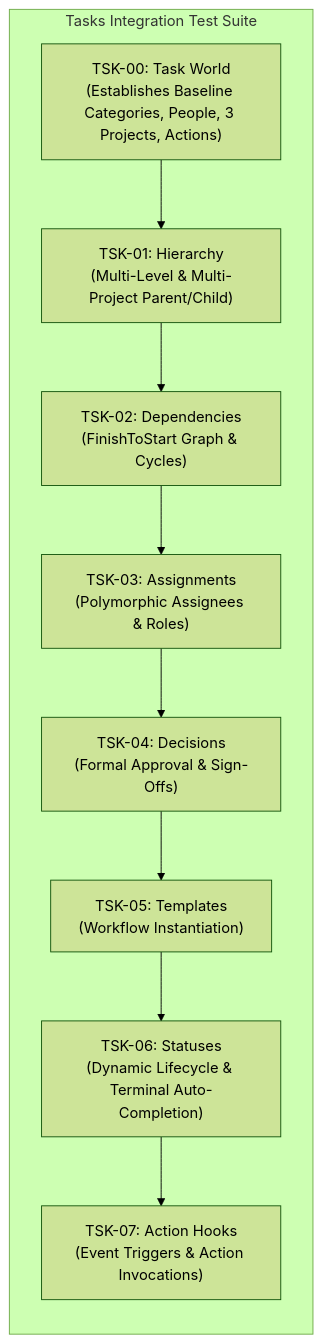
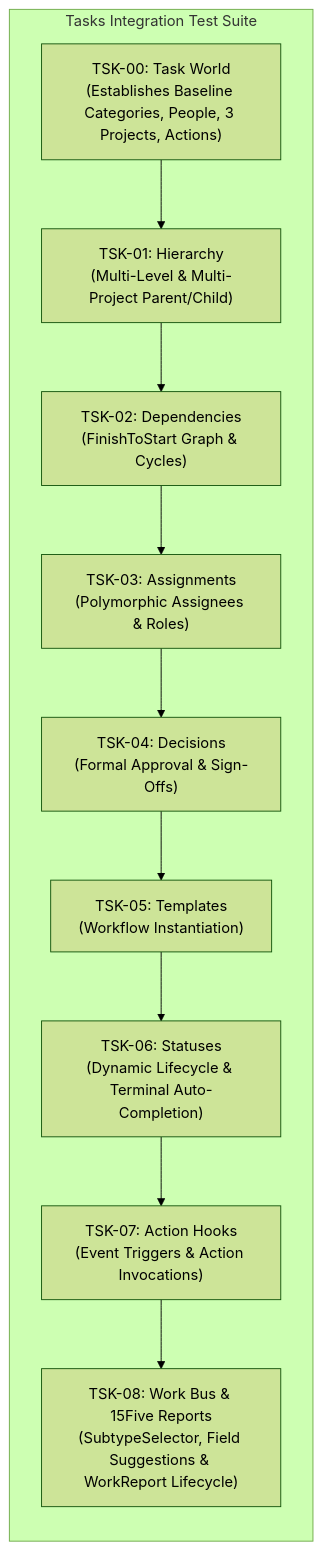
Before and after one commit to MemberJunction/bizapps-tasks: the fifth of 5 diagrams in guides/TASK_WORKFLOW_AND_LIFECYCLE_GUIDE.md, drawn with Mermaid (forest theme). The commit also changed other lines of this file and 17 other files, not shown here.

Commit message:
test,docs: add Work Bus & 15Five unit/integration tests, guide, and changeset

````diff
--- a/guides/TASK_WORKFLOW_AND_LIFECYCLE_GUIDE.md
+++ b/guides/TASK_WORKFLOW_AND_LIFECYCLE_GUIDE.md
@@ -211,15 +211,16 @@
 ```mermaid
 flowchart LR
     subgraph Suite["Tasks Integration Test Suite"]
         TSK00["TSK-00: Task World<br/>(Establishes Baseline Categories, People, 3 Projects, Actions)"]
         TSK01["TSK-01: Hierarchy<br/>(Multi-Level & Multi-Project Parent/Child)"]
         TSK02["TSK-02: Dependencies<br/>(FinishToStart Graph & Cycles)"]
         TSK03["TSK-03: Assignments<br/>(Polymorphic Assignees & Roles)"]
         TSK04["TSK-04: Decisions<br/>(Formal Approval & Sign-Offs)"]
         TSK05["TSK-05: Templates<br/>(Workflow Instantiation)"]
         TSK06["TSK-06: Statuses<br/>(Dynamic Lifecycle & Terminal Auto-Completion)"]
         TSK07["TSK-07: Action Hooks<br/>(Event Triggers & Action Invocations)"]
+        TSK08["TSK-08: Work Bus & 15Five Reports<br/>(SubtypeSelector, Field Suggestions & WorkReport Lifecycle)"]
     end
 
-    TSK00 --> TSK01 --> TSK02 --> TSK03 --> TSK04 --> TSK05 --> TSK06 --> TSK07
+    TSK00 --> TSK01 --> TSK02 --> TSK03 --> TSK04 --> TSK05 --> TSK06 --> TSK07 --> TSK08
 ```
````
